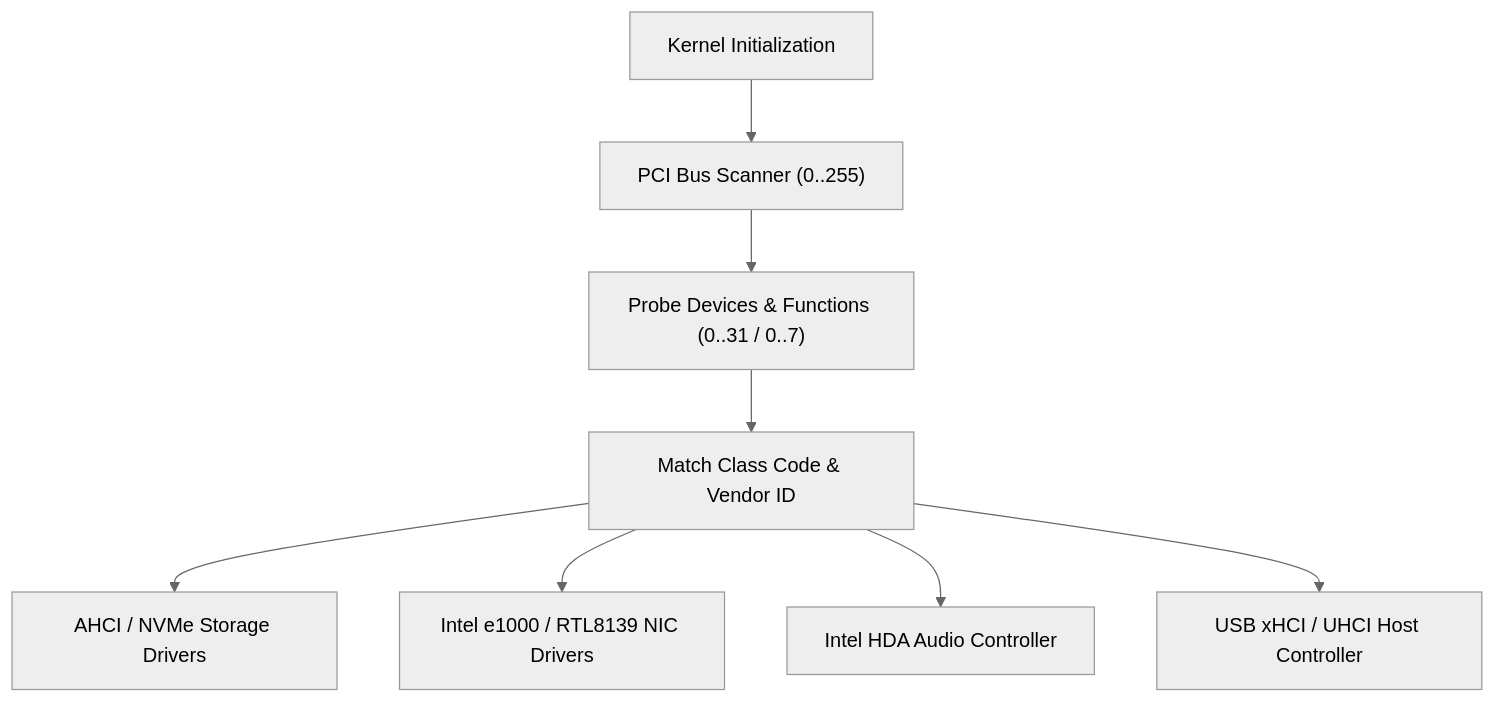
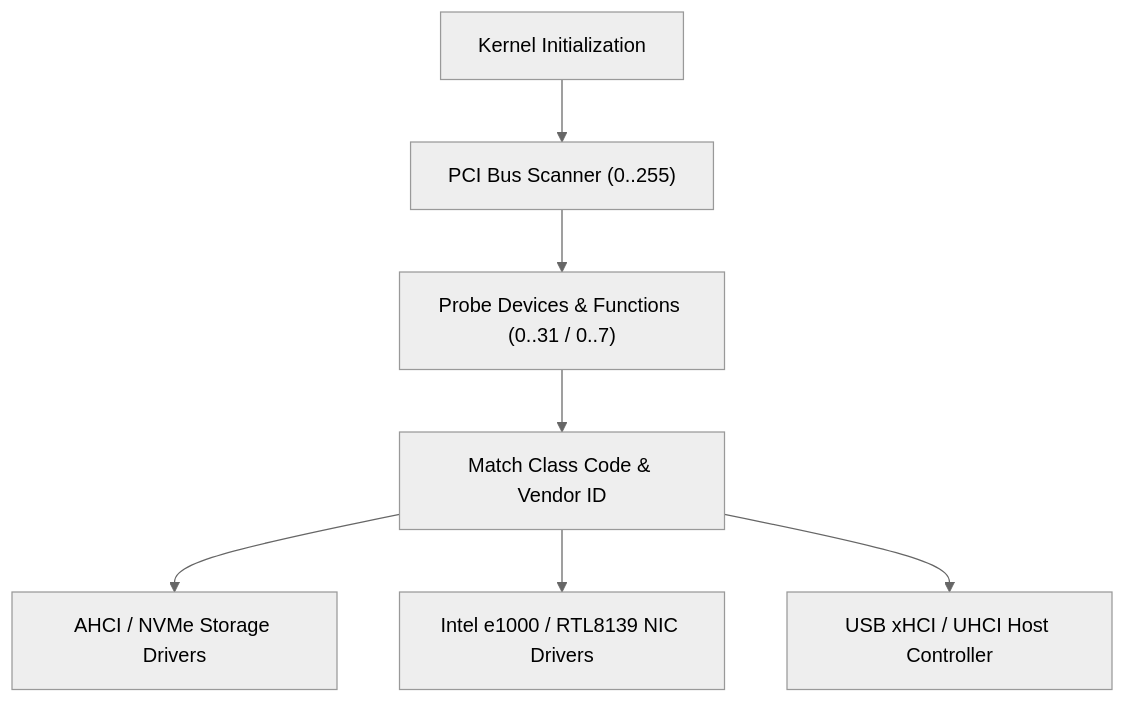
Before and after one commit to mrvlous/keira: the diagram in docs/drivers/bus/README.md, drawn with Mermaid (neutral theme). The commit also changed 28 other files, not shown here.

````diff
--- a/docs/drivers/bus/README.md
+++ b/docs/drivers/bus/README.md
@@ -11,10 +11,9 @@
 ```mermaid
 graph TD
     KernelBoot["Kernel Initialization"] --> PCIScan["PCI Bus Scanner (0..255)"]
     PCIScan --> DeviceProbe["Probe Devices & Functions (0..31 / 0..7)"]
     DeviceProbe --> MatchDriver["Match Class Code & Vendor ID"]
     MatchDriver --> Storage["AHCI / NVMe Storage Drivers"]
     MatchDriver --> NIC["Intel e1000 / RTL8139 NIC Drivers"]
-    MatchDriver --> Audio["Intel HDA Audio Controller"]
     MatchDriver --> USB["USB xHCI / UHCI Host Controller"]
 ```
````
